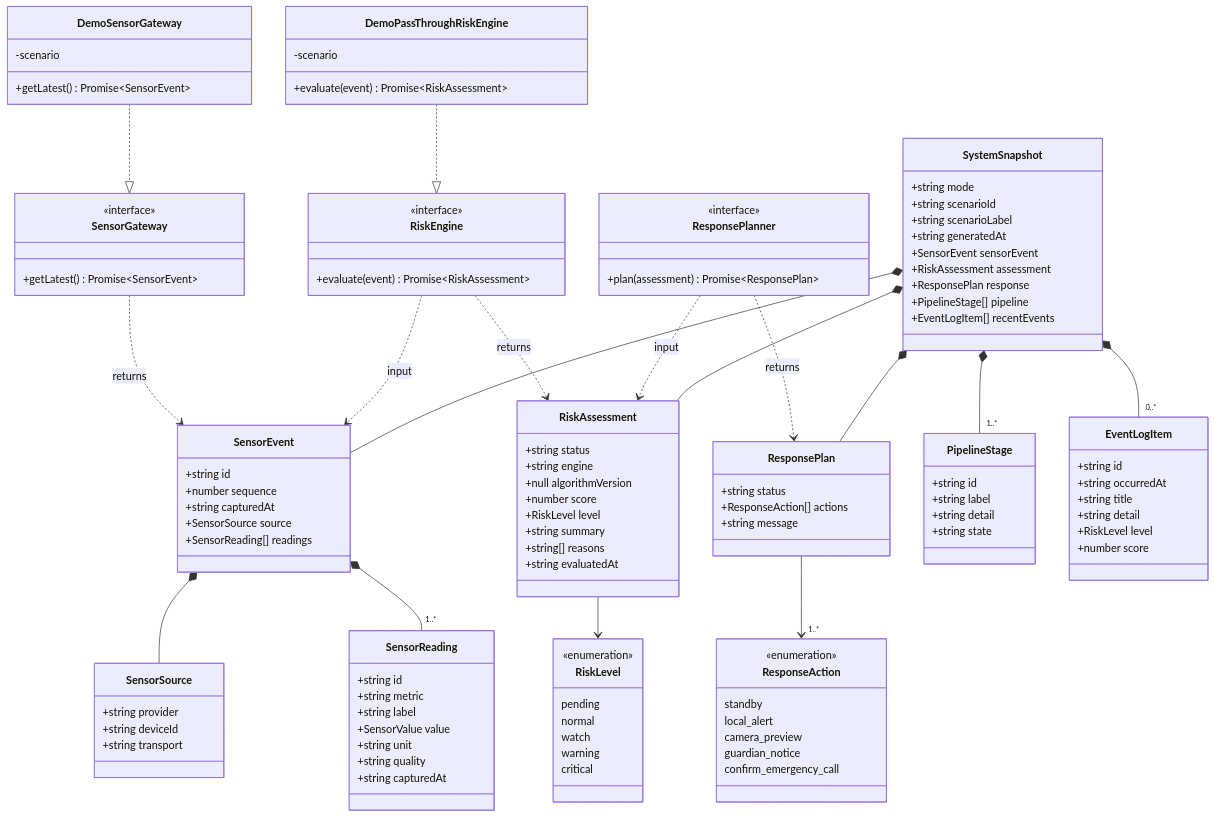
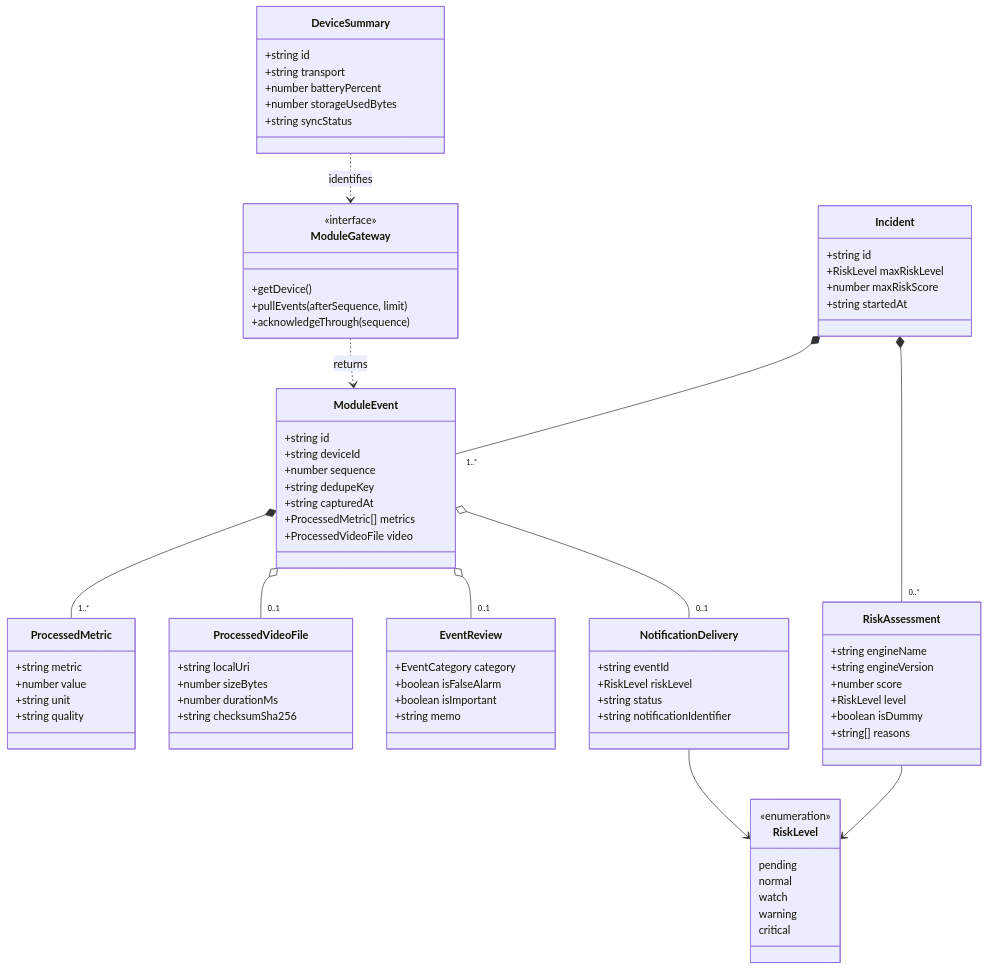
One commit to Uree1229/Risk-ZERO changed the diagram in docs/Diagram/03-domain-class-diagram.md. Above: the diagram before and after it, drawn with Mermaid. The commit also changed other lines of this file and 35 other files, not shown here.

````diff
--- a/docs/Diagram/03-domain-class-diagram.md
+++ b/docs/Diagram/03-domain-class-diagram.md
@@ -9,63 +9,72 @@
 ```mermaid
 classDiagram
-    class SensorGateway {
+    class ModuleGateway {
         <<interface>>
-        +getLatest() Promise~SensorEvent~
+        +getDevice()
+        +pullEvents(afterSequence, limit)
+        +acknowledgeThrough(sequence)
     }
 
-    class RiskEngine {
-        <<interface>>
-        +evaluate(event) Promise~RiskAssessment~
+    class ModuleEvent {
+        +string id
+        +string deviceId
+        +number sequence
+        +string dedupeKey
+        +string capturedAt
+        +ProcessedMetric[] metrics
+        +ProcessedVideoFile video
     }
 
-    class ResponsePlanner {
-        <<interface>>
-        +plan(assessment) Promise~ResponsePlan~
+    class ProcessedMetric {
+        +string metric
+        +number value
+        +string unit
+        +string quality
     }
 
-    class DemoSensorGateway {
-        -scenario
-        +getLatest() Promise~SensorEvent~
+    class ProcessedVideoFile {
+        +string localUri
+        +number sizeBytes
+        +number durationMs
+        +string checksumSha256
     }
 
-    class DemoPassThroughRiskEngine {
-        -scenario
-        +evaluate(event) Promise~RiskAssessment~
-    }
-
-    class SensorEvent {
+    class Incident {
         +string id
-        +number sequence
-        +string capturedAt
-        +SensorSource source
-        +SensorReading[] readings
-    }
-
-    class SensorSource {
-        +string provider
-        +string deviceId
-        +string transport
-    }
-
-    class SensorReading {
-        +string id
-        +string metric
-        +string label
-        +SensorValue value
-        +string unit
-        +string quality
-        +string capturedAt
+        +RiskLevel maxRiskLevel
+        +number maxRiskScore
+        +string startedAt
     }
 
     class RiskAssessment {
-        +string status
-        +string engine
-        +null algorithmVersion
+        +string engineName
+        +string engineVersion
         +number score
         +RiskLevel level
-        +string summary
+        +boolean isDummy
         +string[] reasons
-        +string evaluatedAt
+    }
+
+    class EventReview {
+        +EventCategory category
+        +boolean isFalseAlarm
+        +boolean isImportant
+        +string memo
+    }
+
+    class NotificationDelivery {
+        +string eventId
+        +RiskLevel riskLevel
+        +string status
+        +string notificationIdentifier
+    }
+
+    class DeviceSummary {
+        +string id
+        +string transport
+        +number batteryPercent
+        +number storageUsedBytes
+        +string syncStatus
     }
 
     class RiskLevel {
@@ -77,66 +86,14 @@
         critical
     }
 
-    class ResponsePlan {
-        +string status
-        +ResponseAction[] actions
-        +string message
-    }
-
-    class ResponseAction {
-        <<enumeration>>
-        standby
-        local_alert
-        camera_preview
-        guardian_notice
-        confirm_emergency_call
-    }
-
-    class SystemSnapshot {
-        +string mode
-        +string scenarioId
-        +string scenarioLabel
-        +string generatedAt
-        +SensorEvent sensorEvent
-        +RiskAssessment assessment
-        +ResponsePlan response
-        +PipelineStage[] pipeline
-        +EventLogItem[] recentEvents
-    }
-
-    class PipelineStage {
-        +string id
-        +string label
-        +string detail
-        +string state
-    }
-
-    class EventLogItem {
-        +string id
-        +string occurredAt
-        +string title
-        +string detail
-        +RiskLevel level
-        +number score
-    }
-
-    DemoSensorGateway ..|> SensorGateway
-    DemoPassThroughRiskEngine ..|> RiskEngine
-
-    SensorGateway ..> SensorEvent : returns
-    RiskEngine ..> SensorEvent : input
-    RiskEngine ..> RiskAssessment : returns
-    ResponsePlanner ..> RiskAssessment : input
-    ResponsePlanner ..> ResponsePlan : returns
-
-    SensorEvent *-- SensorSource
-    SensorEvent *-- "1..*" SensorReading
+    ModuleGateway ..> ModuleEvent : returns
+    ModuleEvent *-- "1..*" ProcessedMetric
+    ModuleEvent o-- "0..1" ProcessedVideoFile
+    Incident *-- "1..*" ModuleEvent
+    Incident *-- "0..*" RiskAssessment
+    ModuleEvent o-- "0..1" EventReview
+    ModuleEvent o-- "0..1" NotificationDelivery
     RiskAssessment --> RiskLevel
-    ResponsePlan --> "1..*" ResponseAction
-
-    SystemSnapshot *-- SensorEvent
-    SystemSnapshot *-- RiskAssessment
-    SystemSnapshot *-- ResponsePlan
-    SystemSnapshot *-- "1..*" PipelineStage
-    SystemSnapshot *-- "0..*" EventLogItem
+    NotificationDelivery --> RiskLevel
+    DeviceSummary ..> ModuleGateway : identifies
 ```
````
